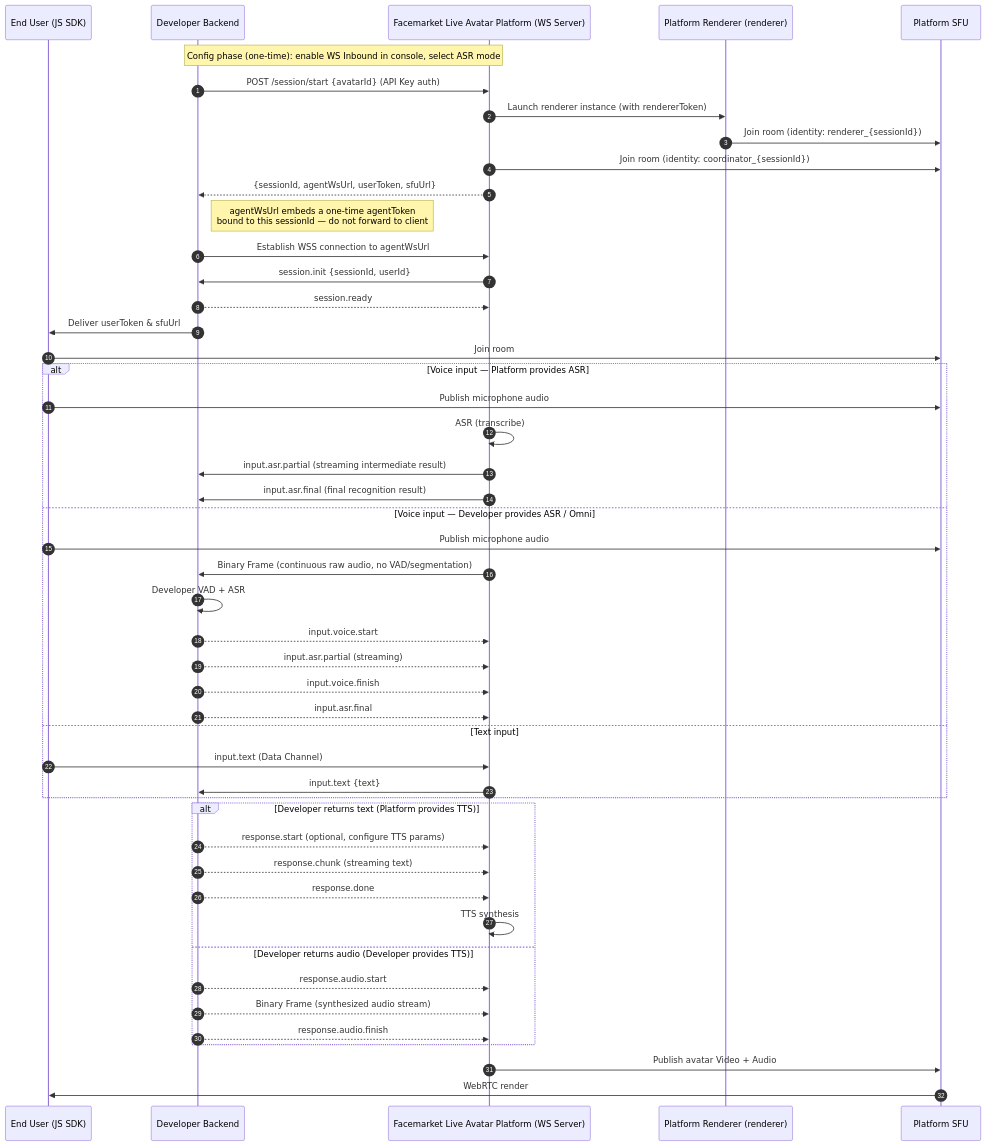
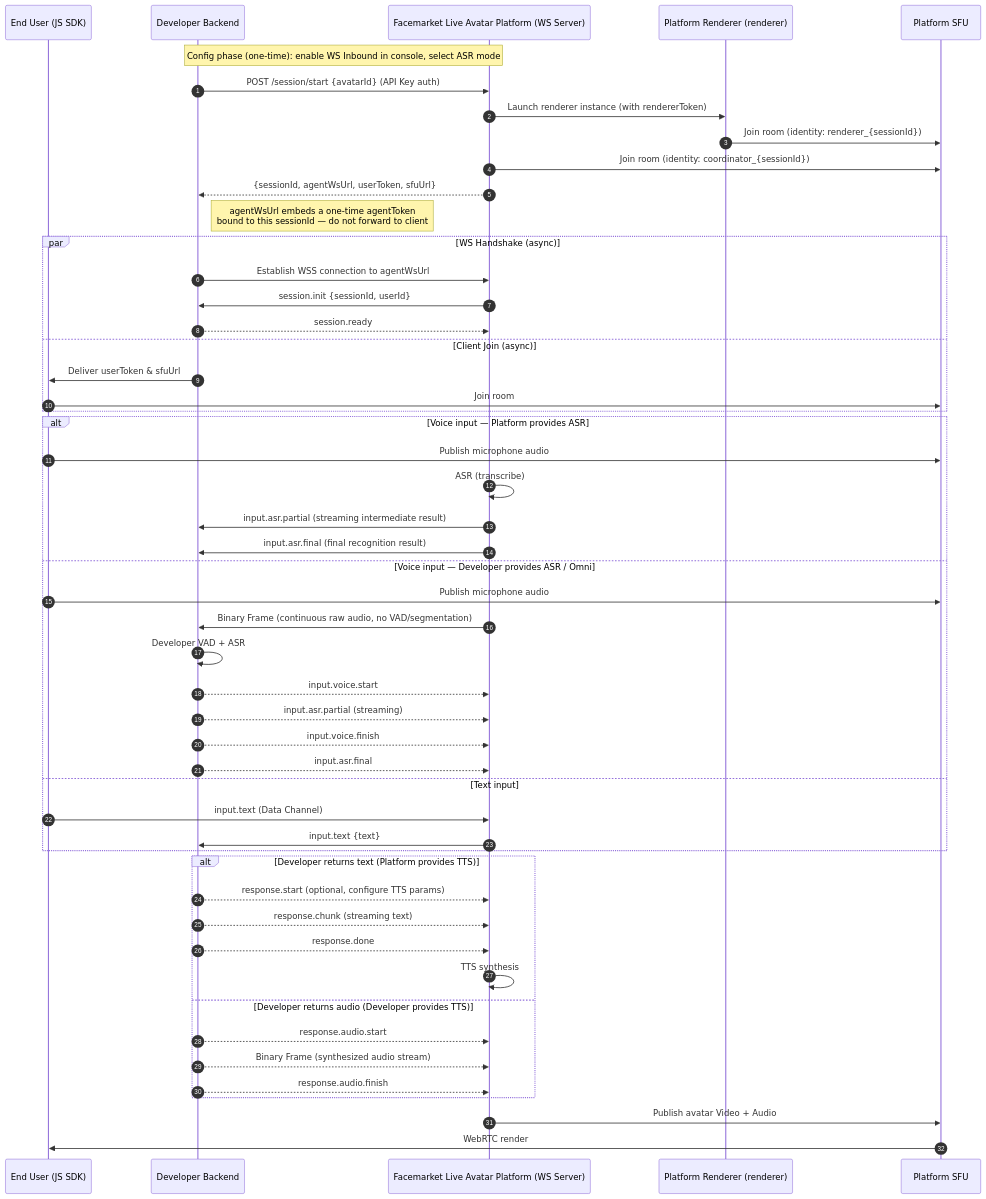
Before and after one commit to newportAI-lab/liveavatar-integration-guide: the third of 5 diagrams in Live Avatar Integration Guide.md, drawn with Mermaid. The commit also changed other lines of this file, not shown here.

````diff
--- a/Live Avatar Integration Guide.md
+++ b/Live Avatar Integration Guide.md
@@ -369,57 +401,59 @@
 ```mermaid
 sequenceDiagram
     autonumber
     participant Client as End User (JS SDK)
     participant Backend as Developer Backend
     participant Platform as Facemarket Live Avatar Platform (WS Server)
     participant Renderer as Platform Renderer (renderer)
     participant SFU as Platform SFU
 
     Note over Backend, Platform: Config phase (one-time): enable WS Inbound in console, select ASR mode
 
     Backend->>Platform: POST /session/start {avatarId} (API Key auth)
     Platform->>Renderer: Launch renderer instance (with rendererToken)
     Renderer->>SFU: Join room (identity: renderer_{sessionId})
     Platform->>SFU: Join room (identity: coordinator_{sessionId})
     Platform-->>Backend: {sessionId, agentWsUrl, userToken, sfuUrl}
     Note right of Backend: agentWsUrl embeds a one-time agentToken<br/>bound to this sessionId — do not forward to client
 
-    Backend->>Platform: Establish WSS connection to agentWsUrl
-    Platform->>Backend: session.init {sessionId, userId}
-    Backend-->>Platform: session.ready
-
-    Backend->>Client: Deliver userToken & sfuUrl
-    Client->>SFU: Join room
+    par WS Handshake (async)
+        Backend->>Platform: Establish WSS connection to agentWsUrl
+        Platform->>Backend: session.init {sessionId, userId}
+        Backend-->>Platform: session.ready
+    and Client Join (async)
+        Backend->>Client: Deliver userToken & sfuUrl
+        Client->>SFU: Join room
+    end
 
     alt Voice input — Platform provides ASR
         Client->>SFU: Publish microphone audio
         Platform->>Platform: ASR (transcribe)
         Platform->>Backend: input.asr.partial (streaming intermediate result)
         Platform->>Backend: input.asr.final (final recognition result)
     else Voice input — Developer provides ASR / Omni
         Client->>SFU: Publish microphone audio
         Platform->>Backend: Binary Frame (continuous raw audio, no VAD/segmentation)
         Backend->>Backend: Developer VAD + ASR
         Backend-->>Platform: input.voice.start
         Backend-->>Platform: input.asr.partial (streaming)
         Backend-->>Platform: input.voice.finish
         Backend-->>Platform: input.asr.final
     else Text input
         Client->>Platform: input.text (Data Channel)
         Platform->>Backend: input.text {text}
     end
 
     alt Developer returns text (Platform provides TTS)
         Backend-->>Platform: response.start (optional, configure TTS params)
         Backend-->>Platform: response.chunk (streaming text)
         Backend-->>Platform: response.done
         Platform->>Platform: TTS synthesis
     else Developer returns audio (Developer provides TTS)
         Backend-->>Platform: response.audio.start
         Backend-->>Platform: Binary Frame (synthesized audio stream)
         Backend-->>Platform: response.audio.finish
     end
 
     Platform->>SFU: Publish avatar Video + Audio
     SFU->>Client: WebRTC render
 ```
````
